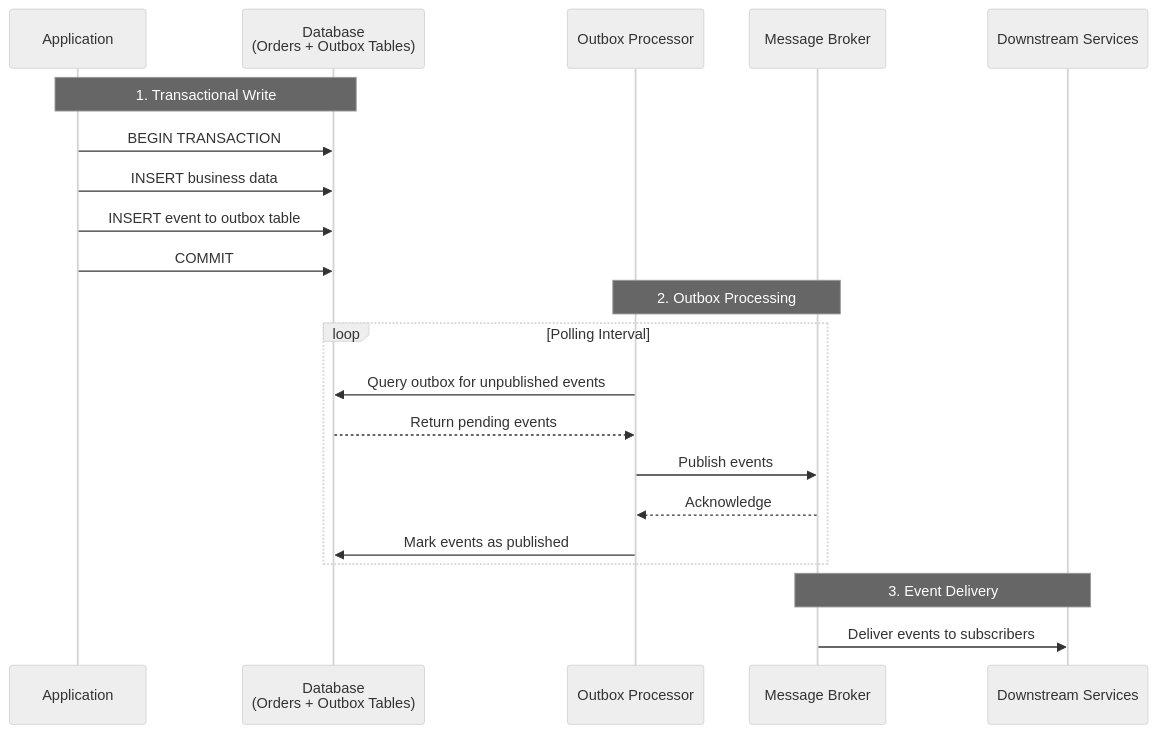
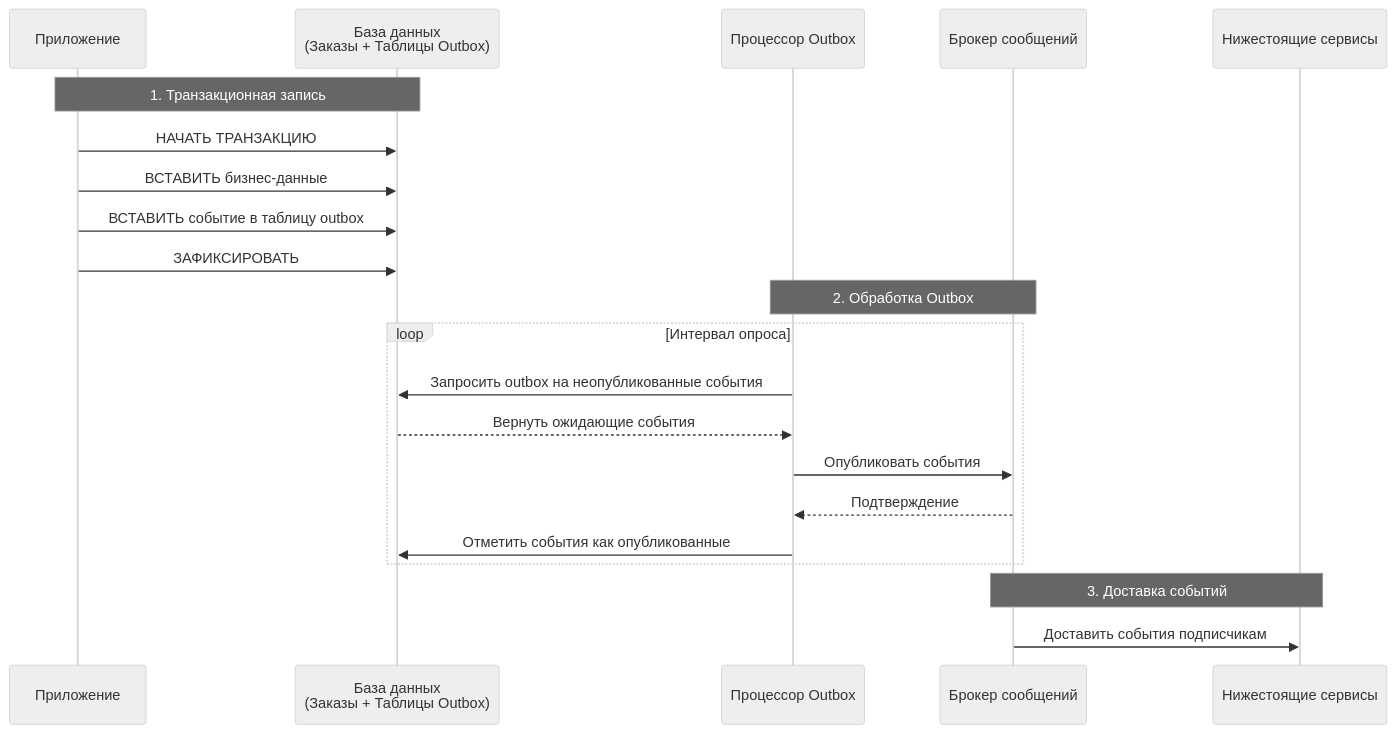
Before and after one commit to razkevich/system_design_course: the diagram in 6_fault_tolerance/outbox_pattern_ru.md, drawn with Mermaid (neutral theme). The commit also changed 7 other files, not shown here.

````diff
--- a/6_fault_tolerance/outbox_pattern_ru.md
+++ b/6_fault_tolerance/outbox_pattern_ru.md
@@ -5,26 +5,26 @@
 ```mermaid
 sequenceDiagram
-    participant App as Application
-    participant DB as Database<br/>(Orders + Outbox Tables)
-    participant OP as Outbox Processor
-    participant MB as Message Broker
-    participant Cons as Downstream Services
+    participant App as Приложение
+    participant DB as База данных<br/>(Заказы + Таблицы Outbox)
+    participant OP as Процессор Outbox
+    participant MB as Брокер сообщений
+    participant Cons as Нижестоящие сервисы
 
-    Note over App,DB: 1. Transactional Write
-    App->>DB: BEGIN TRANSACTION
-    App->>DB: INSERT business data
-    App->>DB: INSERT event to outbox table
-    App->>DB: COMMIT
+    Note over App,DB: 1. Транзакционная запись
+    App->>DB: НАЧАТЬ ТРАНЗАКЦИЮ
+    App->>DB: ВСТАВИТЬ бизнес-данные
+    App->>DB: ВСТАВИТЬ событие в таблицу outbox
+    App->>DB: ЗАФИКСИРОВАТЬ
 
-    Note over OP,MB: 2. Outbox Processing
-    loop Polling Interval
-        OP->>DB: Query outbox for unpublished events
-        DB-->>OP: Return pending events
-        OP->>MB: Publish events
-        MB-->>OP: Acknowledge
-        OP->>DB: Mark events as published
+    Note over OP,MB: 2. Обработка Outbox
+    loop Интервал опроса
+        OP->>DB: Запросить outbox на неопубликованные события
+        DB-->>OP: Вернуть ожидающие события
+        OP->>MB: Опубликовать события
+        MB-->>OP: Подтверждение
+        OP->>DB: Отметить события как опубликованные
     end
 
-    Note over MB,Cons: 3. Event Delivery
-    MB->>Cons: Deliver events to subscribers
+    Note over MB,Cons: 3. Доставка событий
+    MB->>Cons: Доставить события подписчикам
 ```
````
